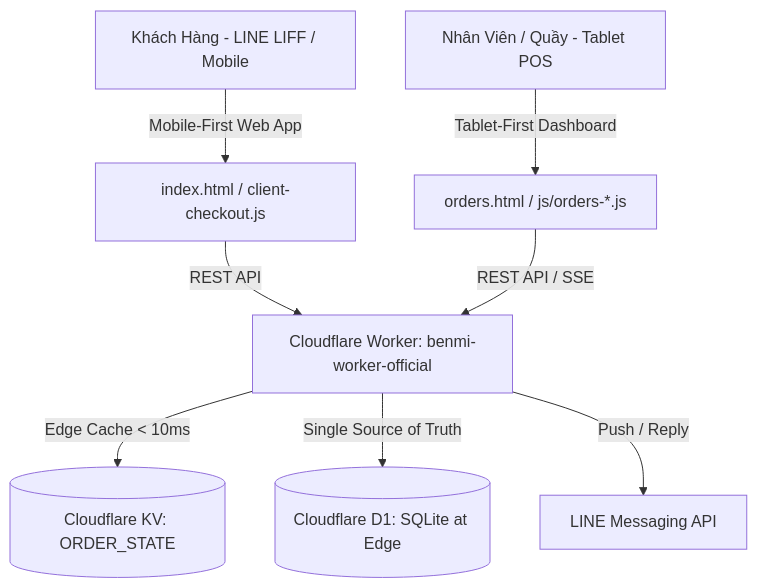
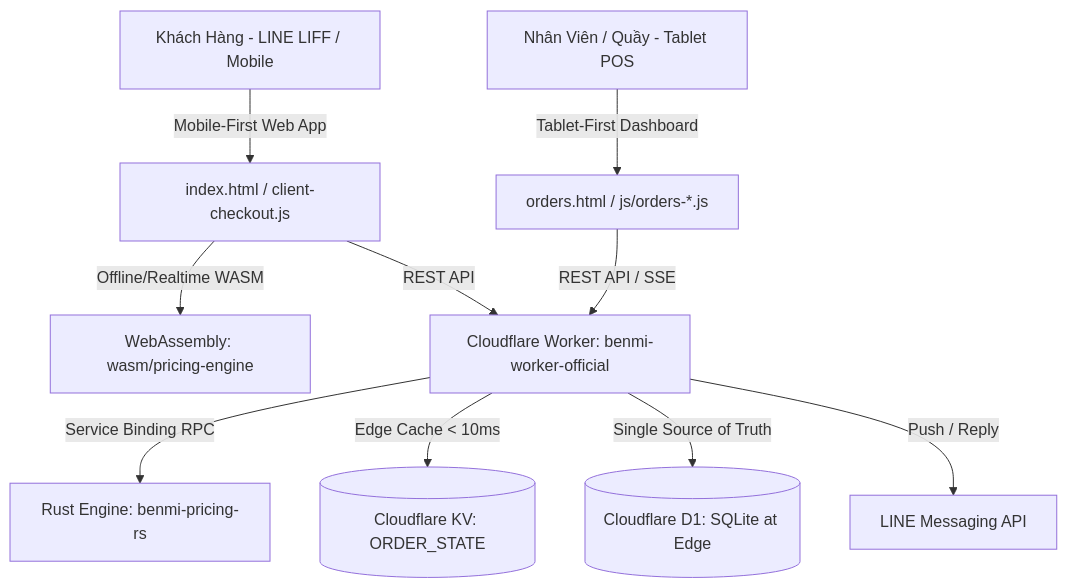
The diagram in AGENTS.md (Blabproject/benmi-order), drawn with Mermaid before and after one commit. The commit also changed other lines of this file and 1 other file, not shown here.

Commit message:
docs: document rust pricing engine and wasm integration in README and AGENTS.md

````diff
--- a/AGENTS.md
+++ b/AGENTS.md
@@ -11,10 +11,12 @@
 ```mermaid
 graph TD
     Client[Khách Hàng - LINE LIFF / Mobile] -->|Mobile-First Web App| IndexPage[index.html / client-checkout.js]
     Staff[Nhân Viên / Quầy - Tablet POS] -->|Tablet-First Dashboard| PosPage[orders.html / js/orders-*.js]
+    IndexPage -->|Offline/Realtime WASM| WasmEngine[WebAssembly: wasm/pricing-engine]
     IndexPage -->|REST API| Worker[Cloudflare Worker: benmi-worker-official]
     PosPage -->|REST API / SSE| Worker
+    Worker -->|Service Binding RPC| RustWorker[Rust Engine: benmi-pricing-rs]
     Worker -->|Edge Cache < 10ms| KV[(Cloudflare KV: ORDER_STATE)]
     Worker -->|Single Source of Truth| D1[(Cloudflare D1: SQLite at Edge)]
     Worker -->|Push / Reply| LINE[LINE Messaging API]
 ```
````
